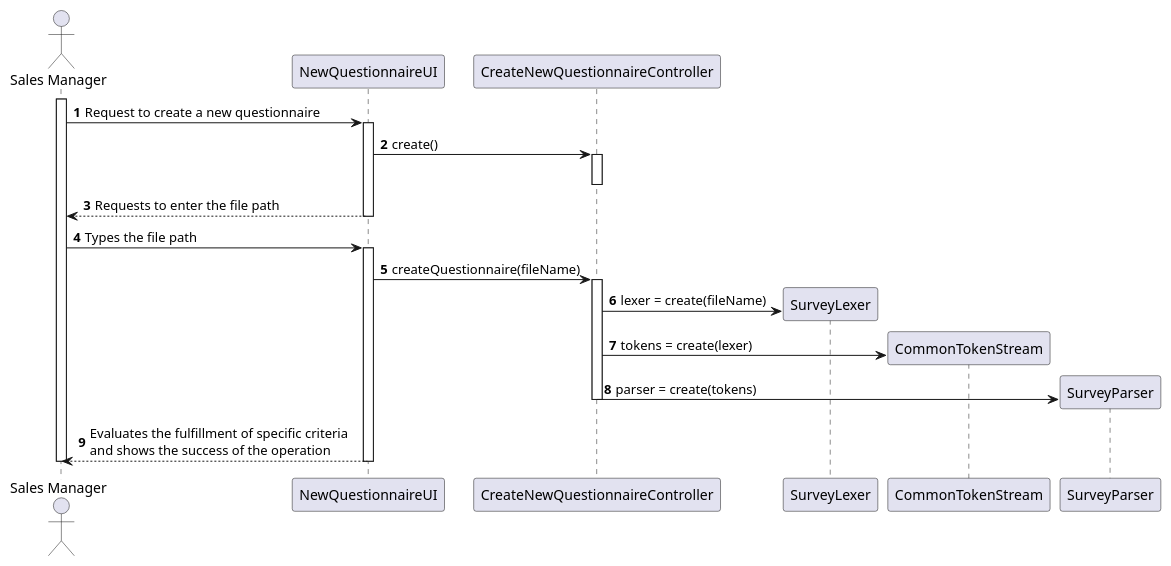
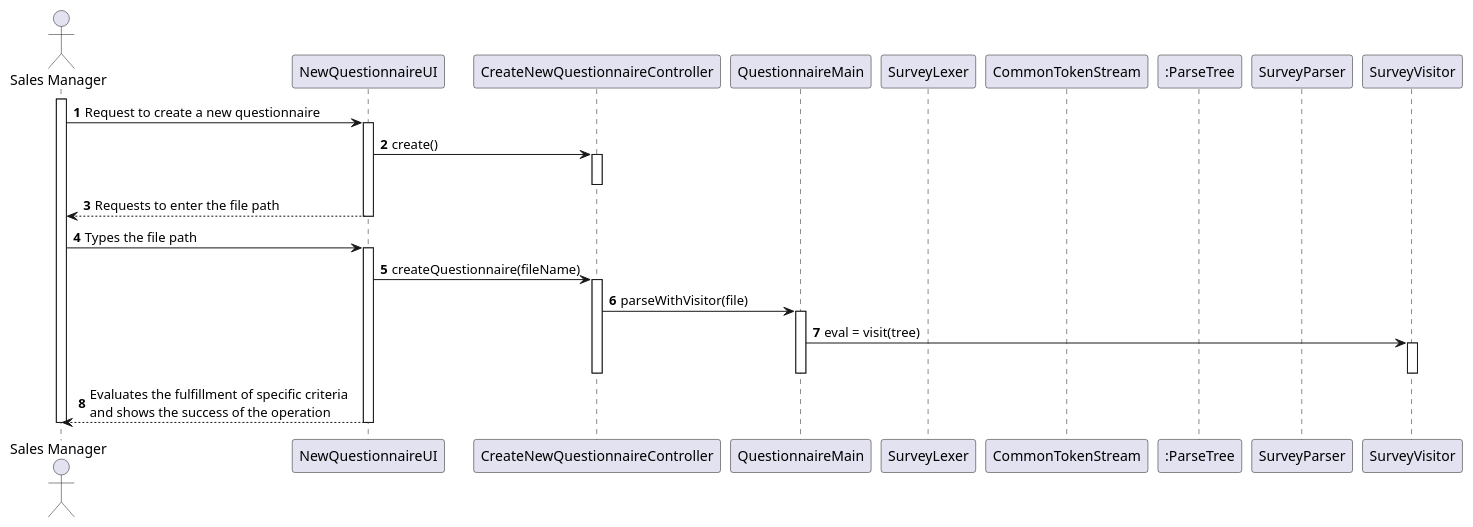
Before and after one commit to 0franciscor/lei21_22_s4_2de_01: the diagram in docs/1201382/US3001/US3001_SD.puml, drawn with PlantUML. The commit also changed 1 other file, not shown here.

Commit message:
#15 Sequence Diagram updated

```diff
--- a/docs/1201382/US3001/US3001_SD.puml
+++ b/docs/1201382/US3001/US3001_SD.puml
@@ -1,32 +1,39 @@
 @startuml
 autonumber
 actor "Sales Manager" as SM
 participant "NewQuestionnaireUI" as SYS
 participant "CreateNewQuestionnaireController" as CTR
+participant "QuestionnaireMain" as MAIN
+
 participant "SurveyLexer" as SL
 participant "CommonTokenStream" as CMS
+participant ":ParseTree" as PT
 participant "SurveyParser" as SP
+participant "SurveyVisitor" as VISITOR
 
 
 activate SM
 SM -> SYS : Request to create a new questionnaire
 activate SYS
 SYS -> CTR : create()
 activate CTR
 deactivate CTR
 SYS --> SM : Requests to enter the file path
 deactivate SYS
 
 SM -> SYS : Types the file path
 activate SYS
 SYS -> CTR : createQuestionnaire(fileName)
 activate CTR
-CTR -> SL** : lexer = create(fileName)
-CTR -> CMS** : tokens = create(lexer)
-CTR -> SP** : parser = create(tokens)
+CTR -> MAIN : parseWithVisitor(file)
+activate MAIN
+MAIN -> VISITOR : eval = visit(tree)
+activate VISITOR
+deactivate VISITOR
+deactivate MAIN
 deactivate CTR
 SYS --> SM : Evaluates the fulfillment of specific criteria \nand shows the success of the operation
 deactivate SYS
 
 deactivate SM
 @enduml
```
